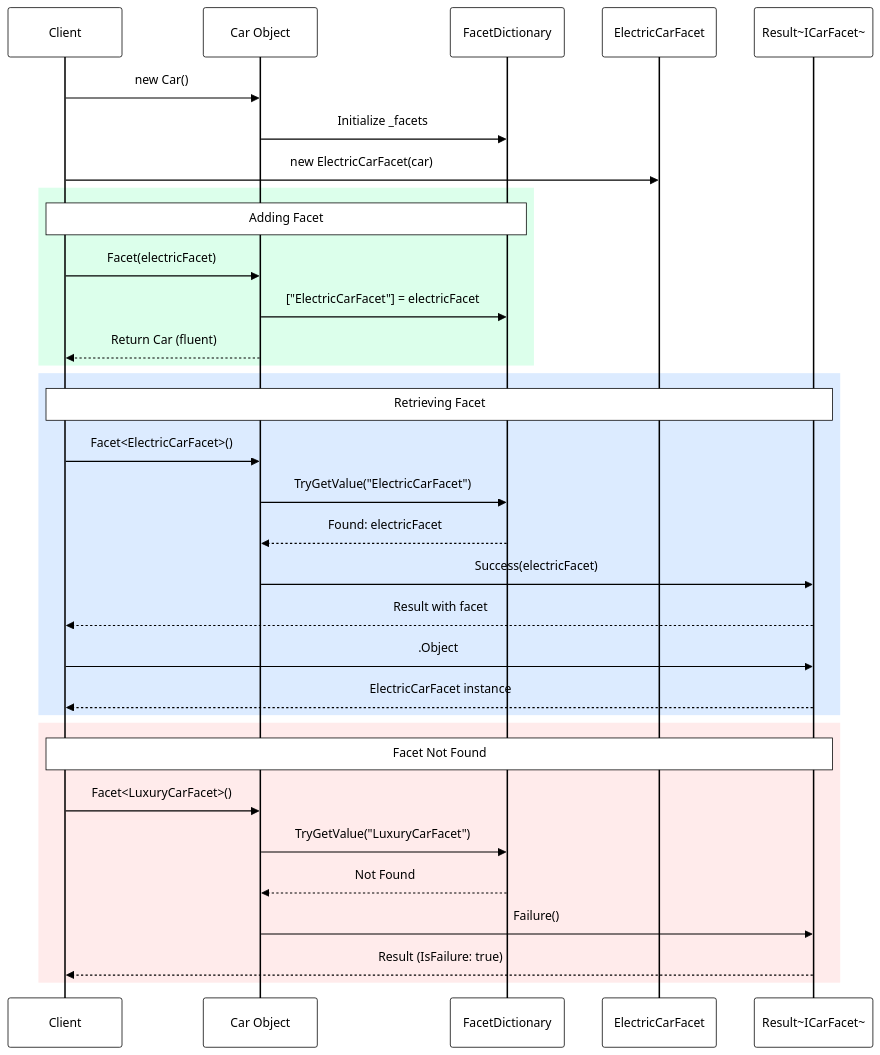
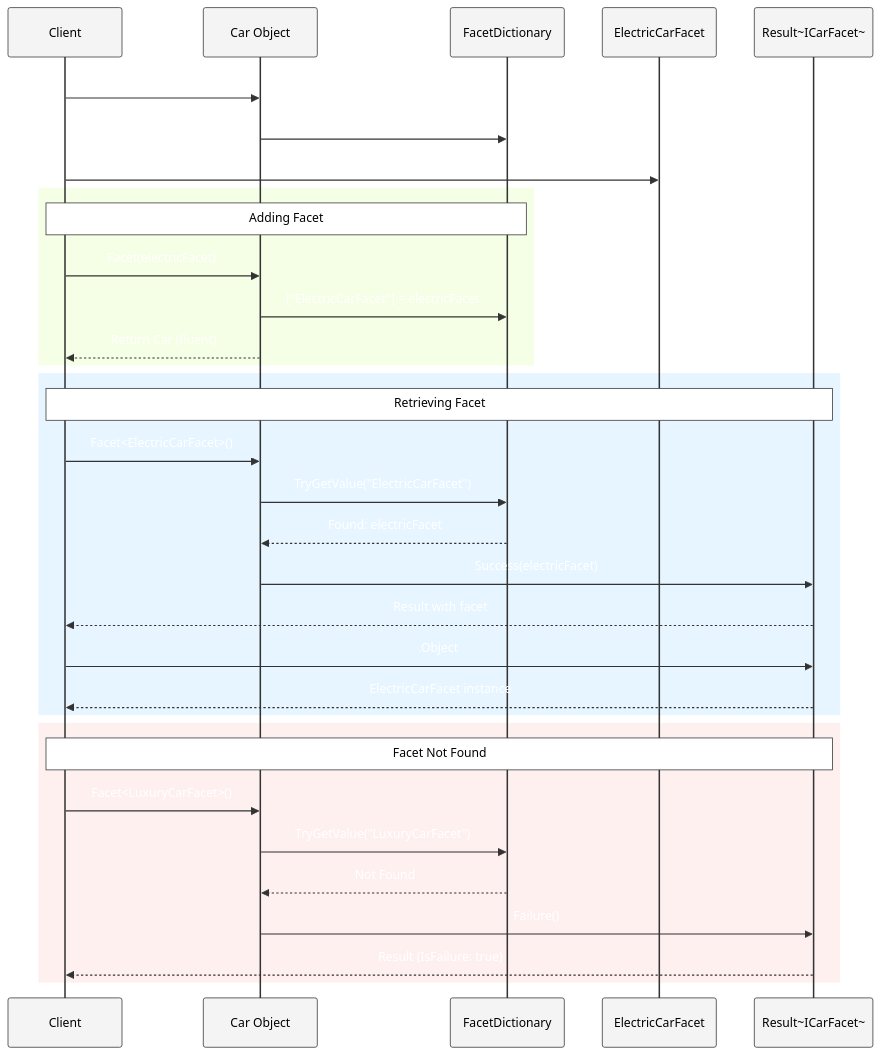
The fourth of 6 diagrams in Object.Biz/doc/ARCHITECTURE.md (FrenchExDev/FrenchExDev.Net), drawn with Mermaid before and after one commit. The commit also changed other lines of this file and 4 other files, not shown here.

````diff
--- a/Object.Biz/doc/ARCHITECTURE.md
+++ b/Object.Biz/doc/ARCHITECTURE.md
@@ -175,42 +175,42 @@
 ```mermaid
-%%{init: {'theme':'base', 'themeVariables': { 'primaryColor':'#fff','primaryTextColor':'#000','primaryBorderColor':'#000','lineColor':'#000','secondaryColor':'#f4f4f4','tertiaryColor':'#f4f4f4','noteTextColor':'#000','noteBkgColor':'#fff','noteBorderColor':'#000','actorTextColor':'#000','actorLineColor':'#000','signalColor':'#000','signalTextColor':'#000','labelBoxBkgColor':'#f4f4f4','labelBoxBorderColor':'#000','labelTextColor':'#000','loopTextColor':'#000','activationBorderColor':'#000','activationBkgColor':'#f4f4f4','sequenceNumberColor':'#000'}}}%%
+%%{init: {'theme':'base', 'themeVariables': { 'fontFamily':'arial','fontSize':'14px','primaryColor':'#fff','primaryTextColor':'#000','primaryBorderColor':'#333','lineColor':'#333','secondaryColor':'#fff','tertiaryColor':'#fff','noteTextColor':'#000','noteBkgColor':'#fff','noteBorderColor':'#333','actorBkg':'#f4f4f4','actorBorder':'#333','actorTextColor':'#000','actorLineColor':'#333','signalColor':'#333','signalTextColor':'#fff','labelBoxBkgColor':'#f4f4f4','labelBoxBorderColor':'#333','labelTextColor':'#000','loopTextColor':'#000','activationBorderColor':'#333','activationBkgColor':'#e8e8e8','sequenceNumberColor':'#fff','altLabelBkgColor':'#f4f4f4','altLabelBorderColor':'#333'}}}%%
 sequenceDiagram
     participant Client
     participant Car as Car Object
     participant FacetDict as FacetDictionary
     participant ElectricFacet as ElectricCarFacet
     participant Result as Result~ICarFacet~
     
     Client->>Car: new Car()
     Car->>FacetDict: Initialize _facets
     
     Client->>ElectricFacet: new ElectricCarFacet(car)
     
-    rect rgb(220, 255, 235)
+    rect rgb(245, 255, 230)
     Note over Client,FacetDict: Adding Facet
     Client->>Car: Facet(electricFacet)
     Car->>FacetDict: ["ElectricCarFacet"] = electricFacet
     Car-->>Client: Return Car (fluent)
     end
     
-    rect rgb(220, 235, 255)
+    rect rgb(230, 245, 255)
     Note over Client,Result: Retrieving Facet
     Client->>Car: Facet<ElectricCarFacet>()
     Car->>FacetDict: TryGetValue("ElectricCarFacet")
     FacetDict-->>Car: Found: electricFacet
     Car->>Result: Success(electricFacet)
     Result-->>Client: Result with facet
     
     Client->>Result: .Object
     Result-->>Client: ElectricCarFacet instance
     end
     
-    rect rgb(255, 235, 235)
+    rect rgb(255, 240, 240)
     Note over Client,Result: Facet Not Found
     Client->>Car: Facet<LuxuryCarFacet>()
     Car->>FacetDict: TryGetValue("LuxuryCarFacet")
     FacetDict-->>Car: Not Found
     Car->>Result: Failure()
     Result-->>Client: Result (IsFailure: true)
     end
 ```
````
